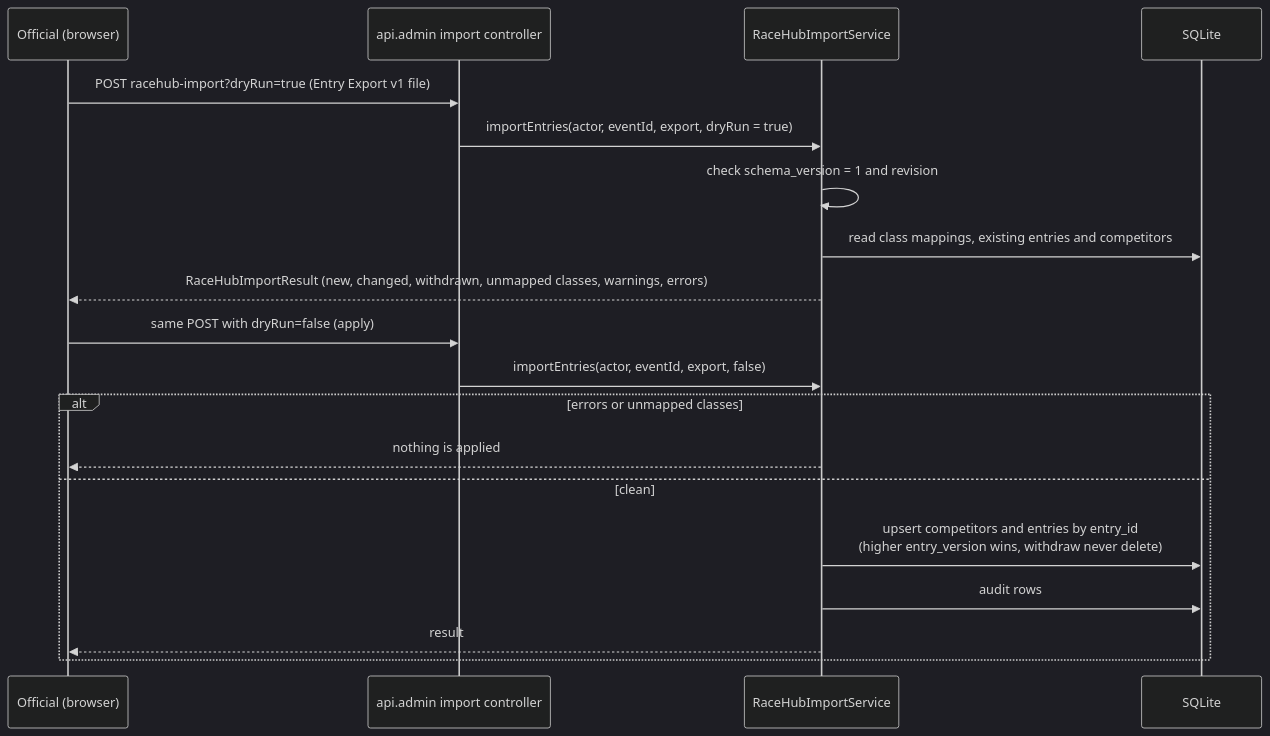
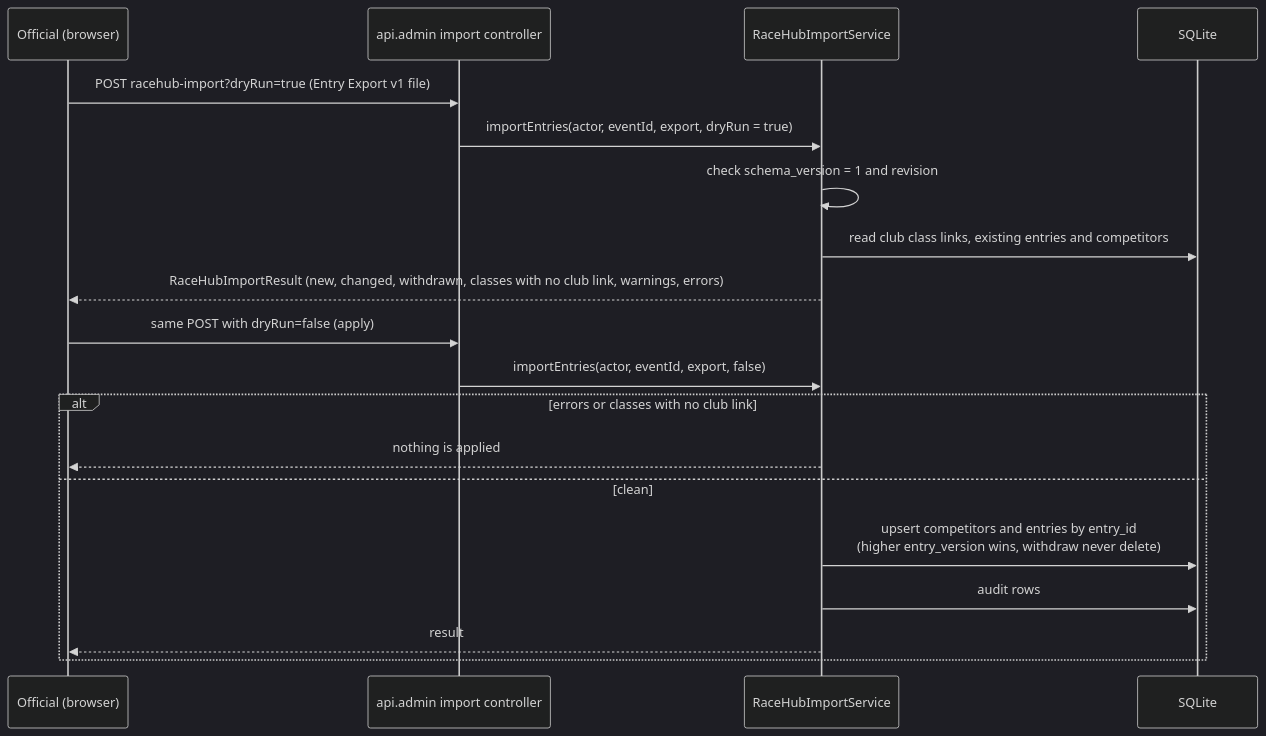
Before and after one commit to RCRaceHub/RCTimingControl: the ninth of 14 diagrams in docs/developer/sequences.md, drawn with Mermaid (dark theme). The commit also changed other lines of this file and 95 other files, not shown here.

First line of the commit message:
Link RaceHub classes once for the whole club, by club class id (#718)

````diff
--- a/docs/developer/sequences.md
+++ b/docs/developer/sequences.md
@@ -284,22 +284,22 @@
 ```mermaid
 sequenceDiagram
     participant O as Official (browser)
     participant C as api.admin import controller
     participant I as RaceHubImportService
     participant DB as SQLite
 
     O->>C: POST racehub-import?dryRun=true (Entry Export v1 file)
     C->>I: importEntries(actor, eventId, export, dryRun = true)
     I->>I: check schema_version = 1 and revision
-    I->>DB: read class mappings, existing entries and competitors
-    I-->>O: RaceHubImportResult (new, changed, withdrawn, unmapped classes, warnings, errors)
+    I->>DB: read club class links, existing entries and competitors
+    I-->>O: RaceHubImportResult (new, changed, withdrawn, classes with no club link, warnings, errors)
     O->>C: same POST with dryRun=false (apply)
     C->>I: importEntries(actor, eventId, export, false)
-    alt errors or unmapped classes
+    alt errors or classes with no club link
         I-->>O: nothing is applied
     else clean
         I->>DB: upsert competitors and entries by entry_id<br/>(higher entry_version wins, withdraw never delete)
         I->>DB: audit rows
         I-->>O: result
     end
 ```
````
